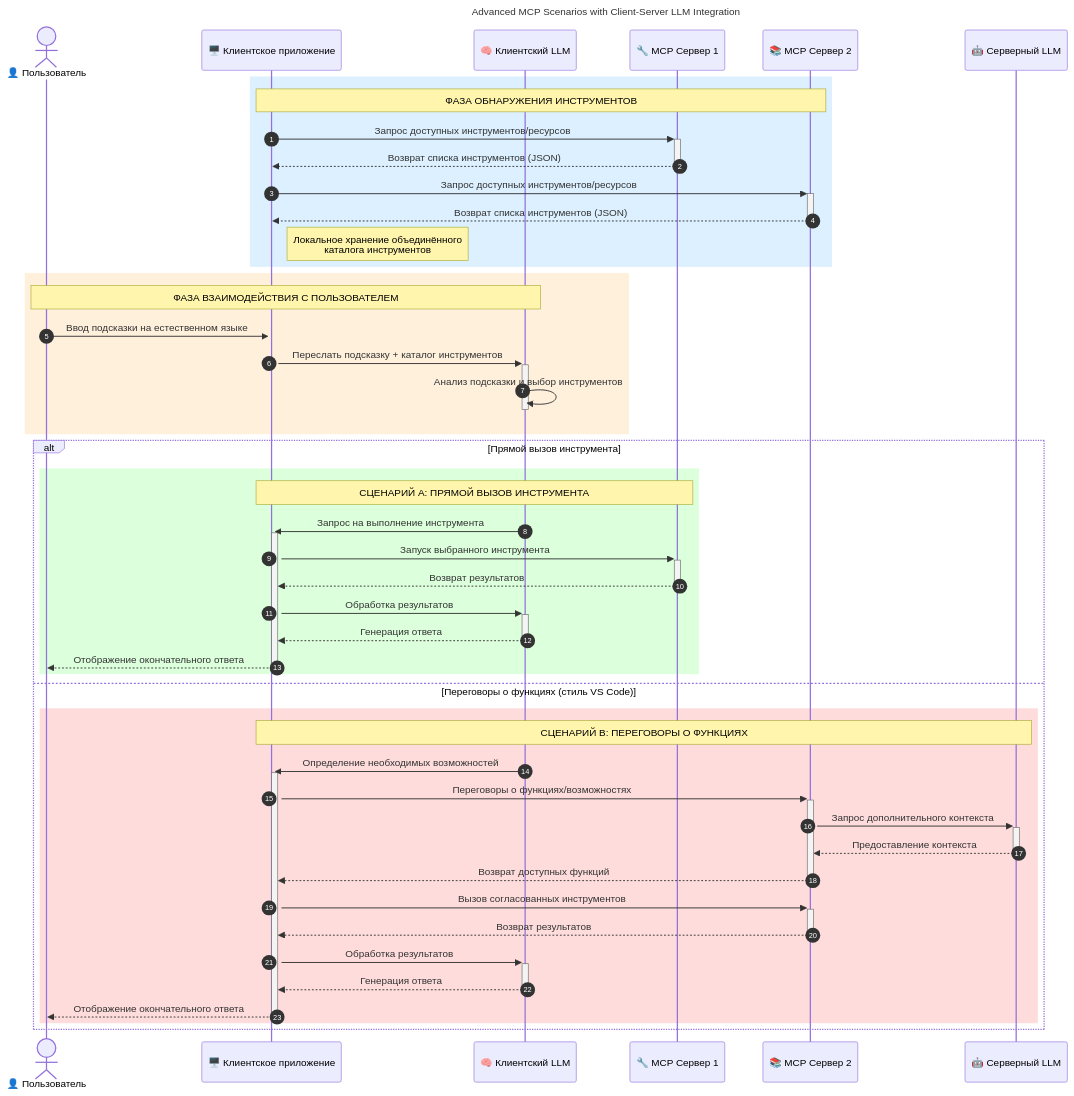
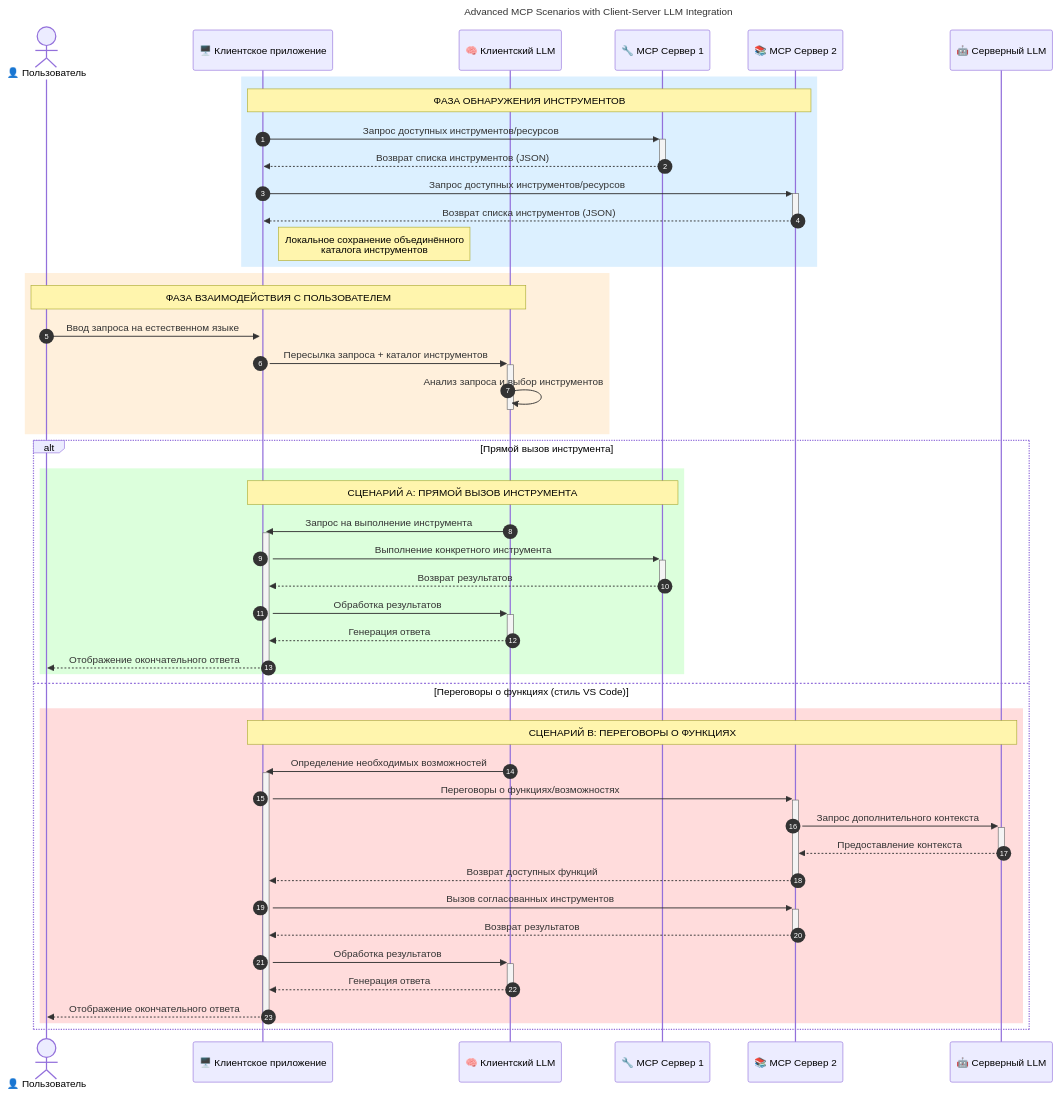
Before and after one commit to microsoft/mcp-for-beginners: the third of 3 diagrams in translations/ru/00-Introduction/README.md, drawn with Mermaid. The commit also changed other lines of this file and 136 other files, not shown here.

````diff
--- a/translations/ru/00-Introduction/README.md
+++ b/translations/ru/00-Introduction/README.md
@@ -229,61 +236,61 @@
 ```mermaid
 ---
 title: Advanced MCP Scenarios with Client-Server LLM Integration
 description: A sequence diagram showing the detailed interaction flow between user, client application, client LLM, multiple MCP servers, and server LLM, illustrating tool discovery, user interaction, direct tool calling, and feature negotiation phases
 ---
 sequenceDiagram
     autonumber
     actor User as 👤 Пользователь
     participant ClientApp as 🖥️ Клиентское приложение
     participant ClientLLM as 🧠 Клиентский LLM
     participant Server1 as 🔧 MCP Сервер 1
     participant Server2 as 📚 MCP Сервер 2
     participant ServerLLM as 🤖 Серверный LLM
     
     %% Фаза обнаружения
     rect rgb(220, 240, 255)
         Note over ClientApp, Server2: ФАЗА ОБНАРУЖЕНИЯ ИНСТРУМЕНТОВ
         ClientApp->>+Server1: Запрос доступных инструментов/ресурсов
         Server1-->>-ClientApp: Возврат списка инструментов (JSON)
         ClientApp->>+Server2: Запрос доступных инструментов/ресурсов
         Server2-->>-ClientApp: Возврат списка инструментов (JSON)
-        Note right of ClientApp: Локальное хранение объединённого<br/>каталога инструментов
+        Note right of ClientApp: Локальное сохранение объединённого<br/>каталога инструментов
     end
     
     %% Взаимодействие с пользователем
     rect rgb(255, 240, 220)
         Note over User, ClientLLM: ФАЗА ВЗАИМОДЕЙСТВИЯ С ПОЛЬЗОВАТЕЛЕМ
-        User->>+ClientApp: Ввод подсказки на естественном языке
-        ClientApp->>+ClientLLM: Переслать подсказку + каталог инструментов
-        ClientLLM->>-ClientLLM: Анализ подсказки и выбор инструментов
+        User->>+ClientApp: Ввод запроса на естественном языке
+        ClientApp->>+ClientLLM: Пересылка запроса + каталог инструментов
+        ClientLLM->>-ClientLLM: Анализ запроса и выбор инструментов
     end
     
     %% Сценарий A: Прямой вызов инструмента
     alt Прямой вызов инструмента
         rect rgb(220, 255, 220)
             Note over ClientApp, Server1: СЦЕНАРИЙ A: ПРЯМОЙ ВЫЗОВ ИНСТРУМЕНТА
             ClientLLM->>+ClientApp: Запрос на выполнение инструмента
-            ClientApp->>+Server1: Запуск выбранного инструмента
+            ClientApp->>+Server1: Выполнение конкретного инструмента
             Server1-->>-ClientApp: Возврат результатов
             ClientApp->>+ClientLLM: Обработка результатов
             ClientLLM-->>-ClientApp: Генерация ответа
             ClientApp-->>-User: Отображение окончательного ответа
         end
     
     %% Сценарий B: Переговоры о функциях (стиль VS Code)
     else Переговоры о функциях (стиль VS Code)
         rect rgb(255, 220, 220)
             Note over ClientApp, ServerLLM: СЦЕНАРИЙ B: ПЕРЕГОВОРЫ О ФУНКЦИЯХ
             ClientLLM->>+ClientApp: Определение необходимых возможностей
             ClientApp->>+Server2: Переговоры о функциях/возможностях
             Server2->>+ServerLLM: Запрос дополнительного контекста
             ServerLLM-->>-Server2: Предоставление контекста
             Server2-->>-ClientApp: Возврат доступных функций
             ClientApp->>+Server2: Вызов согласованных инструментов
             Server2-->>-ClientApp: Возврат результатов
             ClientApp->>+ClientLLM: Обработка результатов
             ClientLLM-->>-ClientApp: Генерация ответа
             ClientApp-->>-User: Отображение окончательного ответа
         end
     end
 ```
````
